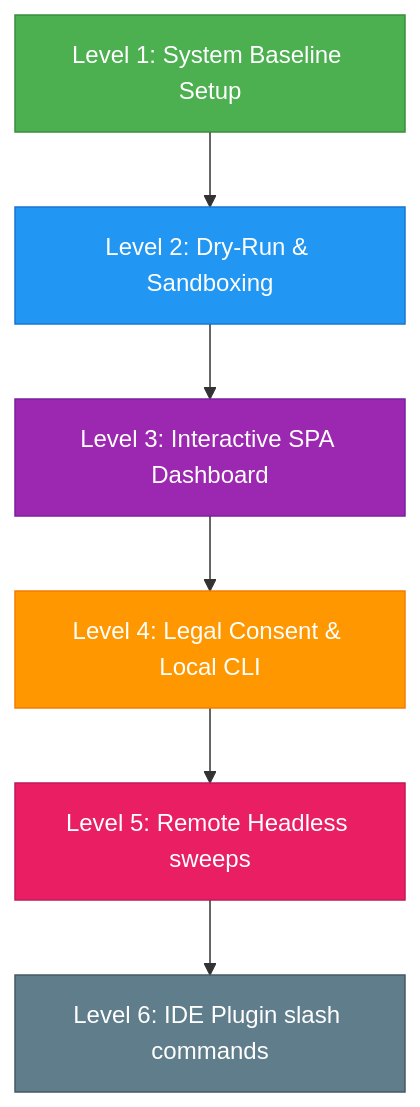
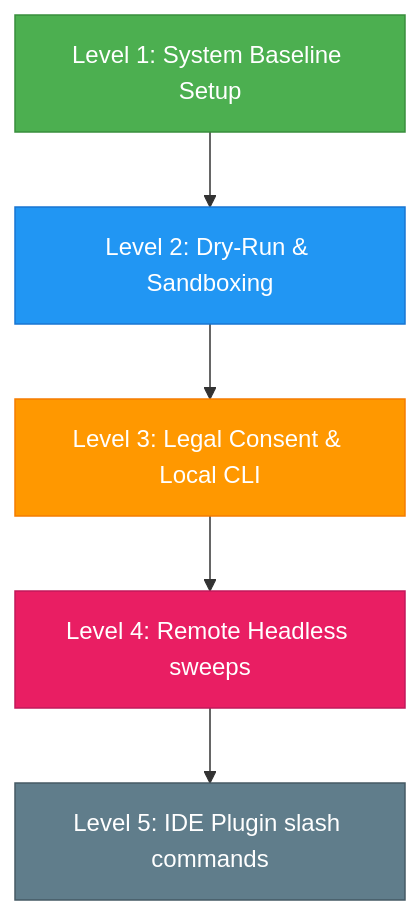
The diagram in tests/manual/master-test-plan.md (anjiera/repo-wizard), drawn with Mermaid before and after one commit. The commit also changed other lines of this file and 41 other files, not shown here.

First line of the commit message:
refactor(dashboard): cleanly remove SPA dashboard and Express API backend

````diff
--- a/tests/manual/master-test-plan.md
+++ b/tests/manual/master-test-plan.md
@@ -13,15 +13,13 @@
 ```mermaid
 graph TD
     L1[Level 1: System Baseline Setup] --> L2[Level 2: Dry-Run & Sandboxing]
-    L2 --> L3[Level 3: Interactive SPA Dashboard]
-    L3 --> L4[Level 4: Legal Consent & Local CLI]
-    L4 --> L5[Level 5: Remote Headless sweeps]
-    L5 --> L6[Level 6: IDE Plugin slash commands]
+    L2 --> L3[Level 3: Legal Consent & Local CLI]
+    L3 --> L4[Level 4: Remote Headless sweeps]
+    L4 --> L5[Level 5: IDE Plugin slash commands]
     
     style L1 fill:#4CAF50,stroke:#388E3C,color:#fff
     style L2 fill:#2196F3,stroke:#1976D2,color:#fff
-    style L3 fill:#9C27B0,stroke:#7B1FA2,color:#fff
-    style L4 fill:#FF9800,stroke:#F57C00,color:#fff
-    style L5 fill:#E91E63,stroke:#C2185B,color:#fff
-    style L6 fill:#607D8B,stroke:#455A64,color:#fff
+    style L3 fill:#FF9800,stroke:#F57C00,color:#fff
+    style L4 fill:#E91E63,stroke:#C2185B,color:#fff
+    style L5 fill:#607D8B,stroke:#455A64,color:#fff
 ```
````
